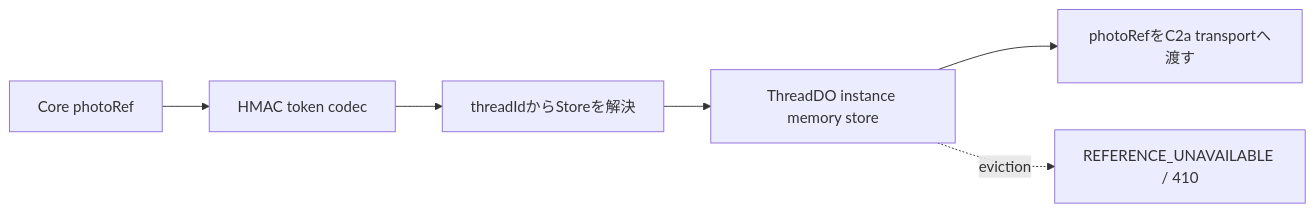
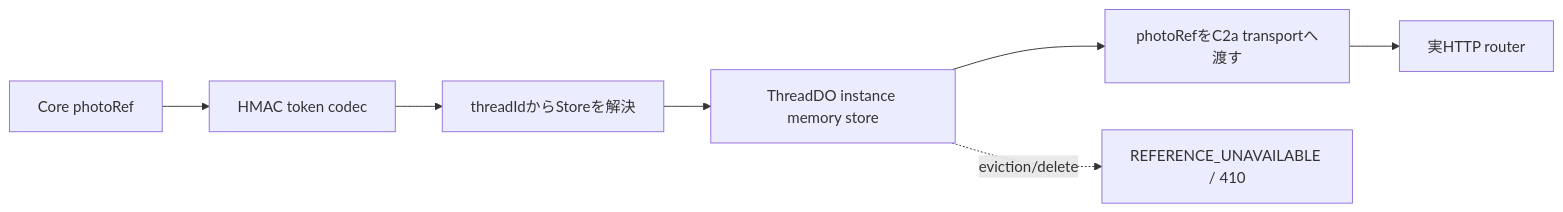
Before and after one commit to takapom/ima-app: the diagram in docs/design/m15-photo.md, drawn with Mermaid. The commit also changed other lines of this file and 13 other files, not shown here.

````diff
--- a/docs/design/m15-photo.md
+++ b/docs/design/m15-photo.md
@@ -7,8 +7,9 @@
 ```mermaid
 flowchart LR
   A[Core photoRef] --> B[HMAC token codec]
   B --> C[threadIdからStoreを解決]
   C --> D[ThreadDO instance memory store]
   D --> E[photoRefをC2a transportへ渡す]
-  D -. eviction .-> F[REFERENCE_UNAVAILABLE / 410]
+  D -. eviction/delete .-> F[REFERENCE_UNAVAILABLE / 410]
+  E --> G[実HTTP router]
 ```
````
